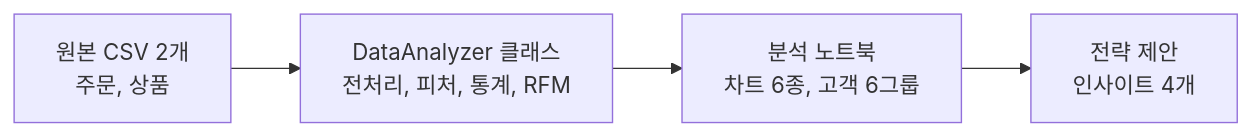
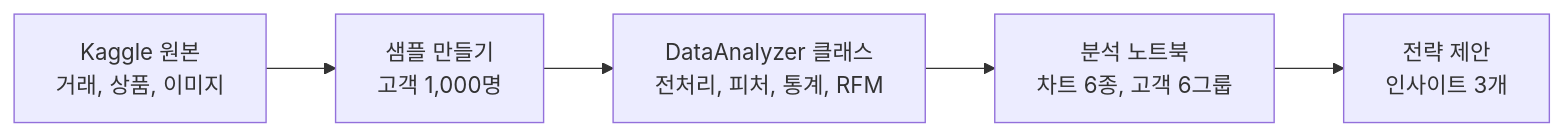
The diagram in README.md (0802222/Codyssey-A1-1-RFM), drawn with Mermaid before and after one commit. The commit also changed other lines of this file and 31 other files, not shown here.

````diff
--- a/README.md
+++ b/README.md
@@ -45,6 +47,7 @@
 ```mermaid
 flowchart LR
-    A["원본 CSV 2개<br>주문, 상품"] --> B["DataAnalyzer 클래스<br>전처리, 피처, 통계, RFM"]
-    B --> C["분석 노트북<br>차트 6종, 고객 6그룹"]
-    C --> D["전략 제안<br>인사이트 4개"]
+    A["Kaggle 원본<br>거래, 상품, 이미지"] --> B["샘플 만들기<br>고객 1,000명"]
+    B --> C["DataAnalyzer 클래스<br>전처리, 피처, 통계, RFM"]
+    C --> D["분석 노트북<br>차트 6종, 고객 6그룹"]
+    D --> E["전략 제안<br>인사이트 3개"]
 ```
````
